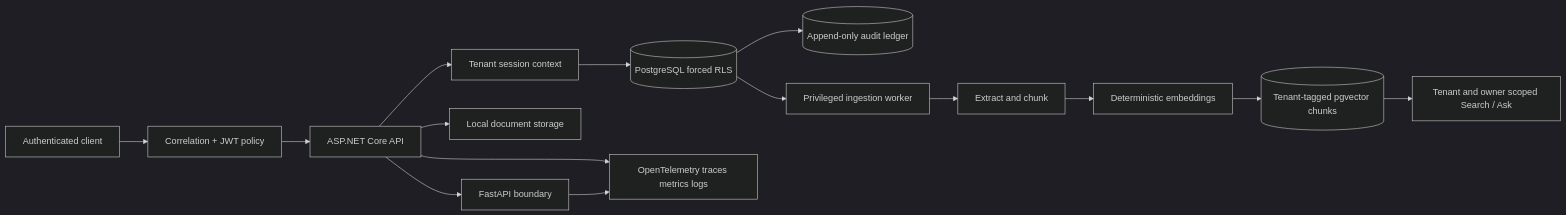
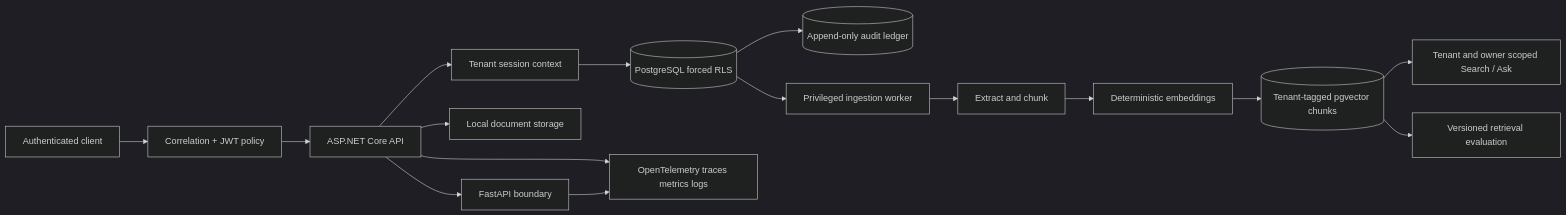
One commit to mahdiaghtaee/enterprise-ai-document-assistant changed the diagram in README.md. Above: the diagram before and after it, drawn with Mermaid (dark theme). The commit also changed other lines of this file and 11 other files, not shown here.

First line of the commit message:
Add reproducible retrieval quality evaluation (#73)

````diff
--- a/README.md
+++ b/README.md
@@ -123,17 +139,18 @@
 ```mermaid
 flowchart LR
     U[Authenticated client] --> C[Correlation + JWT policy]
     C --> A[ASP.NET Core API]
     A --> T[Tenant session context]
     T --> P[(PostgreSQL forced RLS)]
     P --> L[(Append-only audit ledger)]
     A --> S[Local document storage]
     P --> W[Privileged ingestion worker]
     W --> X[Extract and chunk]
     X --> E[Deterministic embeddings]
     E --> V[(Tenant-tagged pgvector chunks)]
     V --> Q[Tenant and owner scoped Search / Ask]
+    V --> R[Versioned retrieval evaluation]
     A --> F[FastAPI boundary]
     A --> O[OpenTelemetry traces metrics logs]
     F --> O
 ```
````
